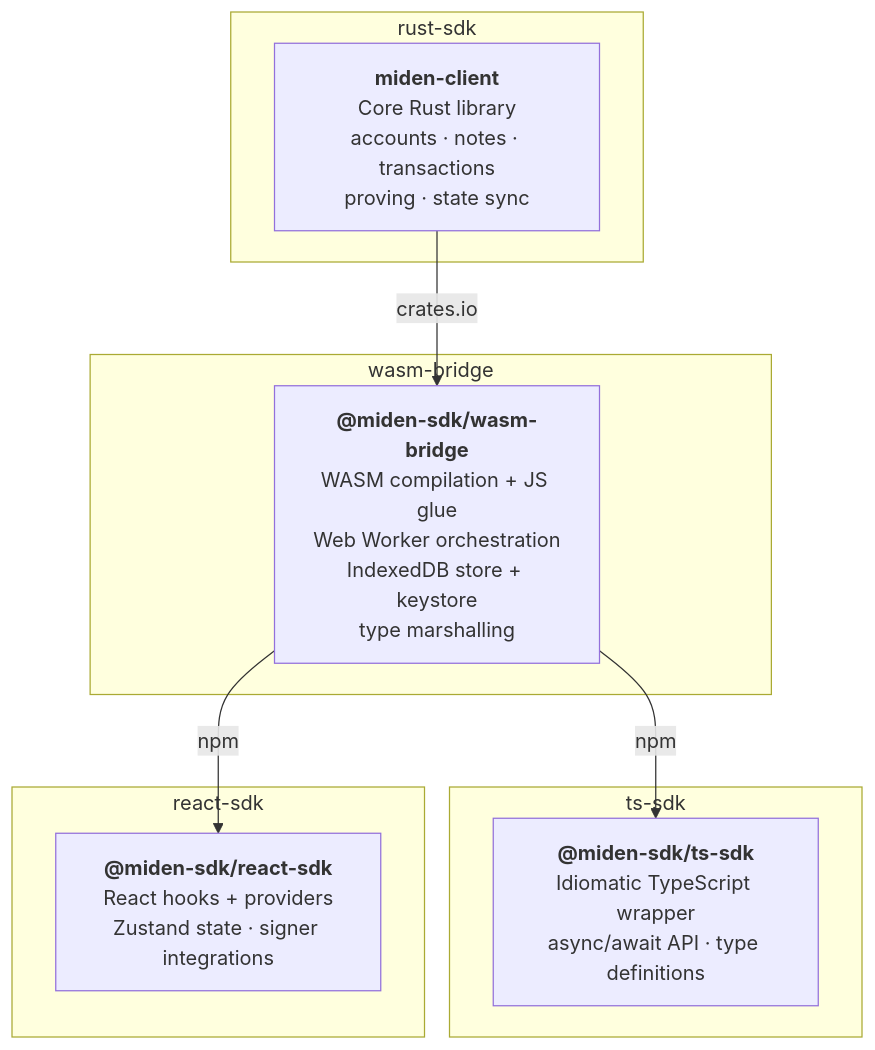
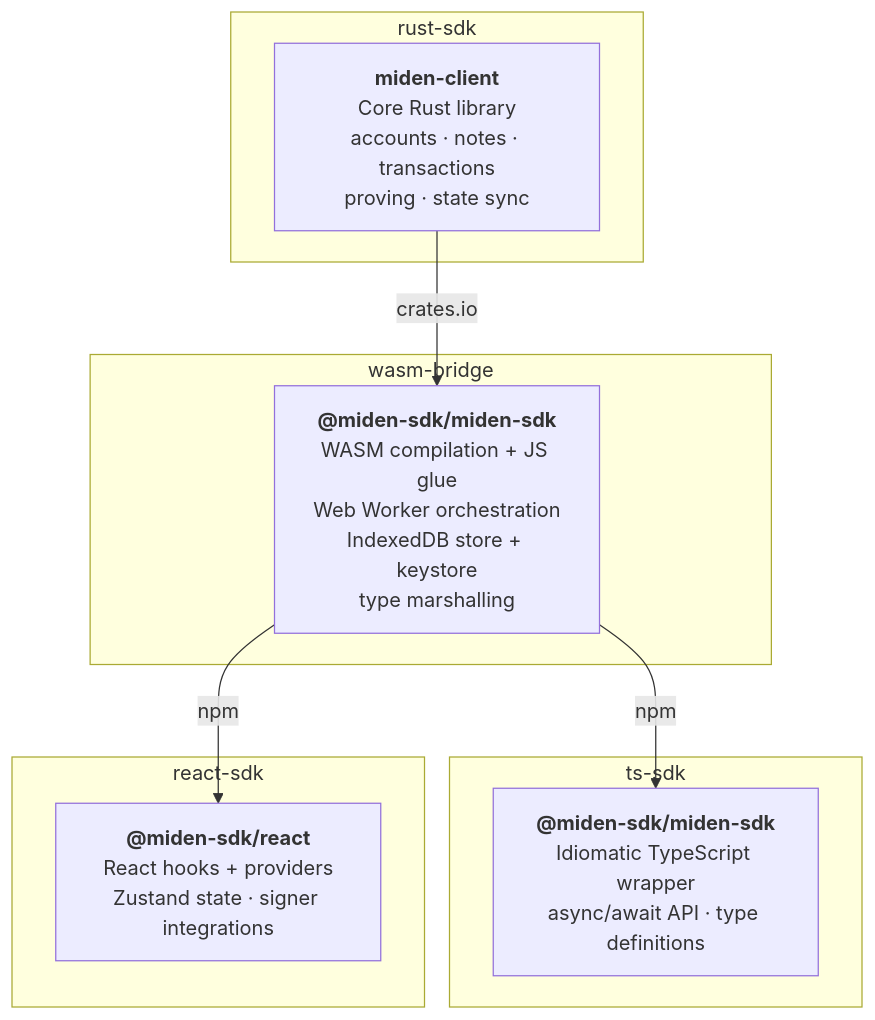
The diagram in docs/external/src/index.md (0xMiden/miden-client), drawn with Mermaid before and after one commit. The commit also changed other lines of this file and 45 other files, not shown here.

````diff
--- a/docs/external/src/index.md
+++ b/docs/external/src/index.md
@@ -10,22 +10,22 @@
 ```mermaid
 graph TB
     subgraph rust-sdk["rust-sdk"]
         core["<b>miden-client</b><br/>Core Rust library<br/>accounts · notes · transactions<br/>proving · state sync"]
     end
 
     subgraph wasm-bridge["wasm-bridge"]
-        bridge["<b>@miden-sdk/wasm-bridge</b><br/>WASM compilation + JS glue<br/>Web Worker orchestration<br/>IndexedDB store + keystore<br/>type marshalling"]
+        bridge["<b>@miden-sdk/miden-sdk</b><br/>WASM compilation + JS glue<br/>Web Worker orchestration<br/>IndexedDB store + keystore<br/>type marshalling"]
     end
 
     subgraph ts-sdk["ts-sdk"]
-        ts["<b>@miden-sdk/ts-sdk</b><br/>Idiomatic TypeScript wrapper<br/>async/await API · type definitions"]
+        ts["<b>@miden-sdk/miden-sdk</b><br/>Idiomatic TypeScript wrapper<br/>async/await API · type definitions"]
     end
 
     subgraph react-sdk["react-sdk"]
-        react["<b>@miden-sdk/react-sdk</b><br/>React hooks + providers<br/>Zustand state · signer integrations"]
+        react["<b>@miden-sdk/react</b><br/>React hooks + providers<br/>Zustand state · signer integrations"]
     end
 
     core -- "crates.io" --> bridge
     bridge -- "npm" --> ts
     bridge -- "npm" --> react
 ```
````
